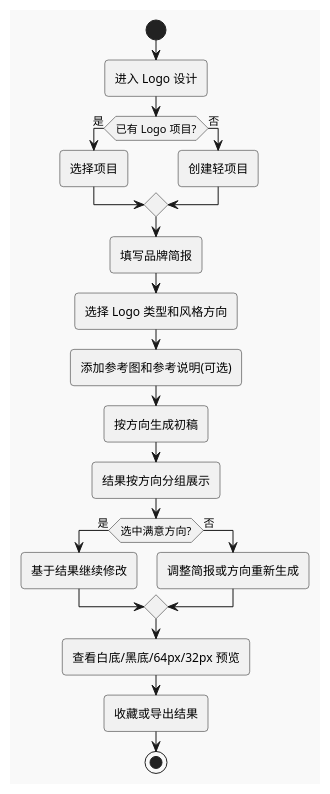
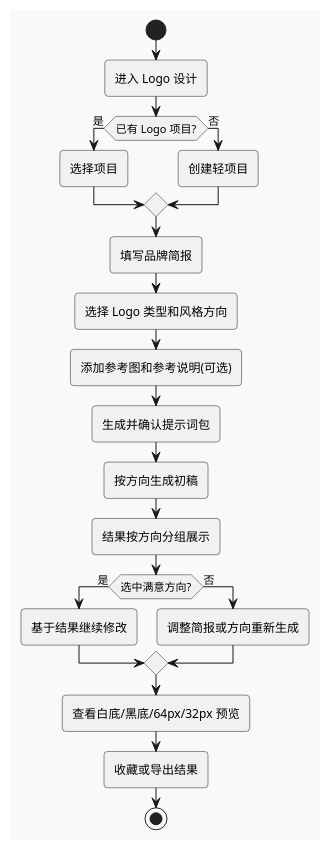
Before and after one commit to def-peter/bloom-canvas: the diagram in docs/superpowers/specs/2026-07-09-logo-design-scene-design.md, drawn with PlantUML. The commit also changed other lines of this file, not shown here.

````diff
--- a/docs/superpowers/specs/2026-07-09-logo-design-scene-design.md
+++ b/docs/superpowers/specs/2026-07-09-logo-design-scene-design.md
@@ -42,25 +43,26 @@
 ```plantuml
 @startuml
 !theme mars
 start
 :进入 Logo 设计;
 if (已有 Logo 项目?) then (是)
   :选择项目;
 else (否)
   :创建轻项目;
 endif
 :填写品牌简报;
 :选择 Logo 类型和风格方向;
 :添加参考图和参考说明(可选);
+:生成并确认提示词包;
 :按方向生成初稿;
 :结果按方向分组展示;
 if (选中满意方向?) then (是)
   :基于结果继续修改;
 else (否)
   :调整简报或方向重新生成;
 endif
 :查看白底/黑底/64px/32px 预览;
 :收藏或导出结果;
 stop
 @enduml
 ```
````
